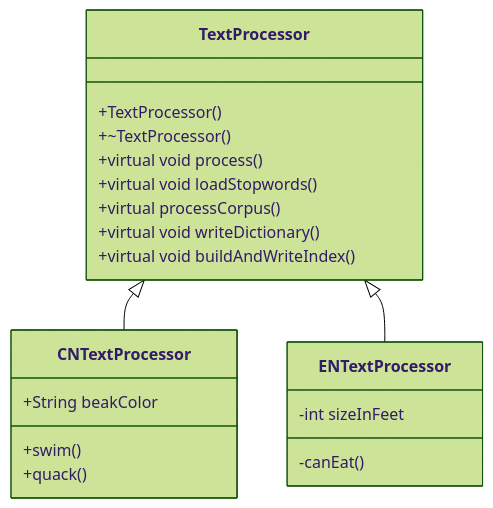
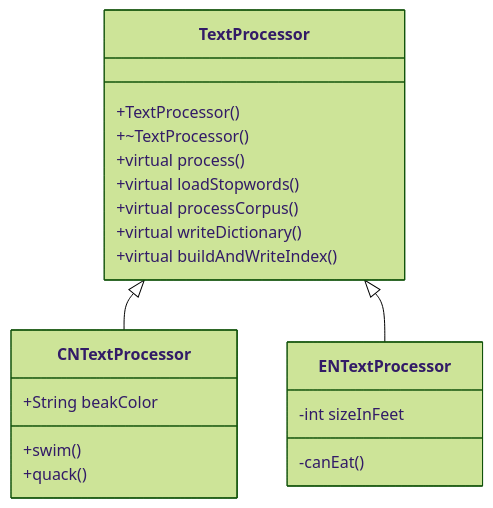
Before and after one commit to Jason-DancingBoy/iodraw-files: the diagram in all/未命名-1.md, drawn with Mermaid (forest theme).

Commit message:
2026-01-02 20:40:49 update

````diff
--- a/all/未命名-1.md
+++ b/all/未命名-1.md
@@ -1,22 +1,22 @@
 ```mermaid
 classDiagram
     TextProcessor <|-- CNTextProcessor
     TextProcessor <|-- ENTextProcessor
     TextProcessor: +TextProcessor()
     TextProcessor: +~TextProcessor()
-    TextProcessor: +virtual void process()
-    TextProcessor: +virtual void loadStopwords()
-    TextProcessor: +virtual  processCorpus()
-    TextProcessor: +virtual void writeDictionary()
-    TextProcessor: +virtual void buildAndWriteIndex()
+    TextProcessor: +virtual process() 
+    TextProcessor: +virtual loadStopwords()
+    TextProcessor: +virtual processCorpus()
+    TextProcessor: +virtual writeDictionary()
+    TextProcessor: +virtual buildAndWriteIndex()
     class CNTextProcessor{
       +String beakColor
       +swim()
       +quack()
     }
     class ENTextProcessor{
       -int sizeInFeet
       -canEat()
     }
             
 ```
````
